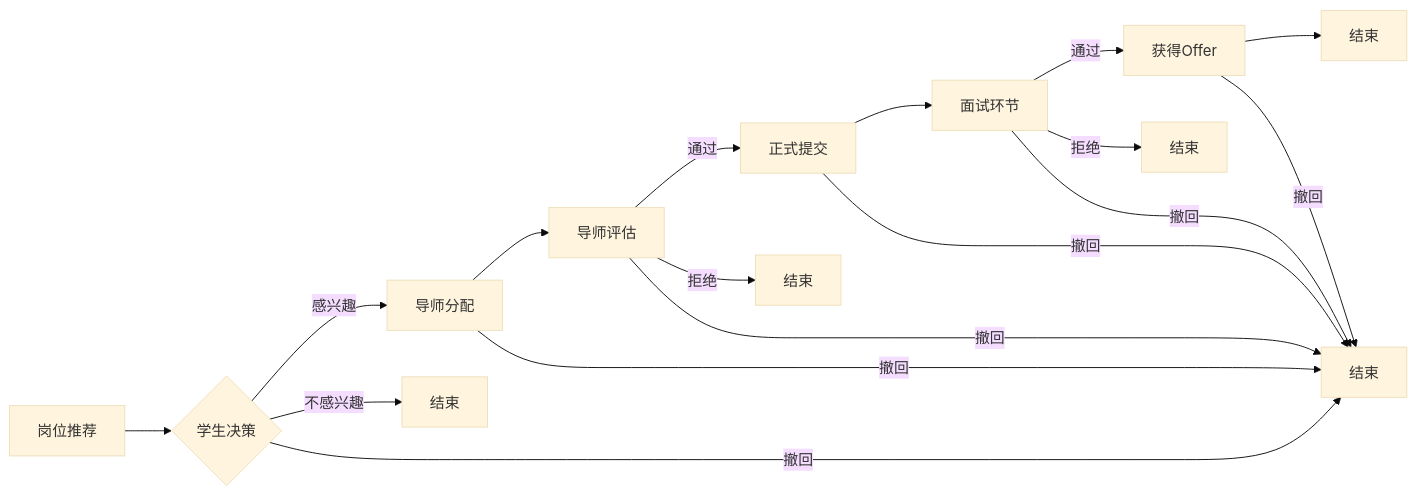
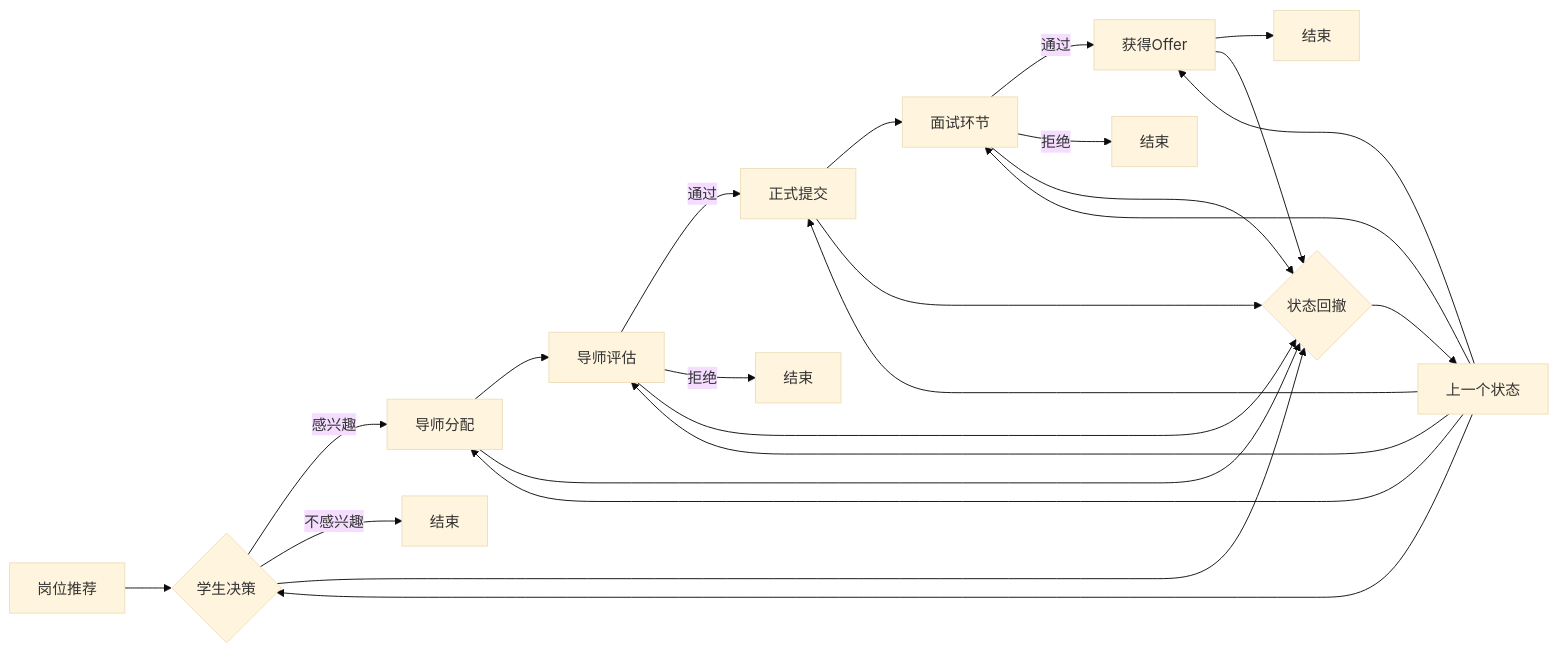
The second of 5 diagrams in docs/placement_domain_design_v3.1.md (victorx98/sa2-mvp), drawn with Mermaid (base theme) before and after one commit. The commit also changed other lines of this file and 10 other files, not shown here.

````diff
--- a/docs/placement_domain_design_v3.1.md
+++ b/docs/placement_domain_design_v3.1.md
@@ -27,19 +27,28 @@
 ```mermaid
 flowchart LR
     F[岗位推荐] --> G{学生决策}
     G -->|感兴趣| H[导师分配]
     G -->|不感兴趣| I[结束]
     H --> J[导师评估]
     J -->|通过| K[正式提交]
     J -->|拒绝| L[结束]
     K --> M[面试环节]
     M -->|通过| N[获得Offer]
     M -->|拒绝| O[结束]
     N --> P[结束]
-    G -->|撤回| Q[结束]
-    H -->|撤回| Q
-    J -->|撤回| Q
-    K -->|撤回| Q
-    M -->|撤回| Q
-    N -->|撤回| Q
+    
+    %% 状态回撤流程
+    N --> R{状态回撤}
+    M --> R
+    K --> R
+    J --> R
+    H --> R
+    G --> R
+    R --> S[上一个状态]
+    S --> G
+    S --> H
+    S --> J
+    S --> K
+    S --> M
+    S --> N
 ```
````
